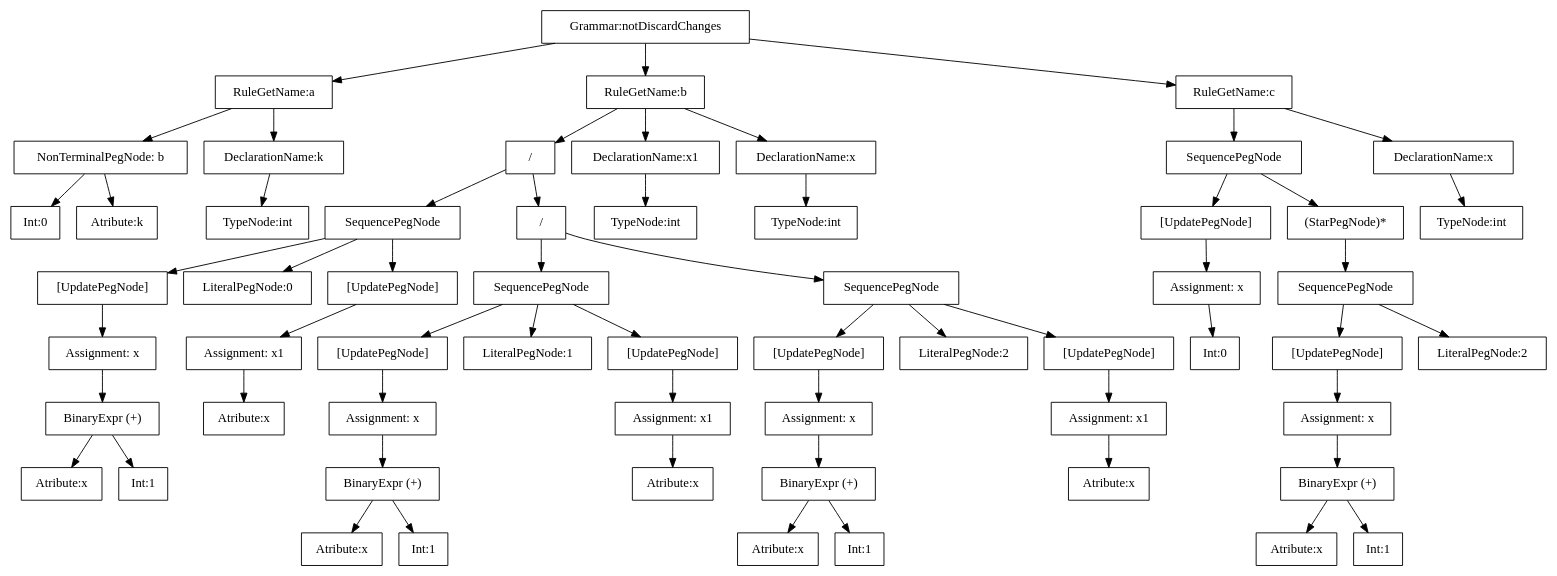
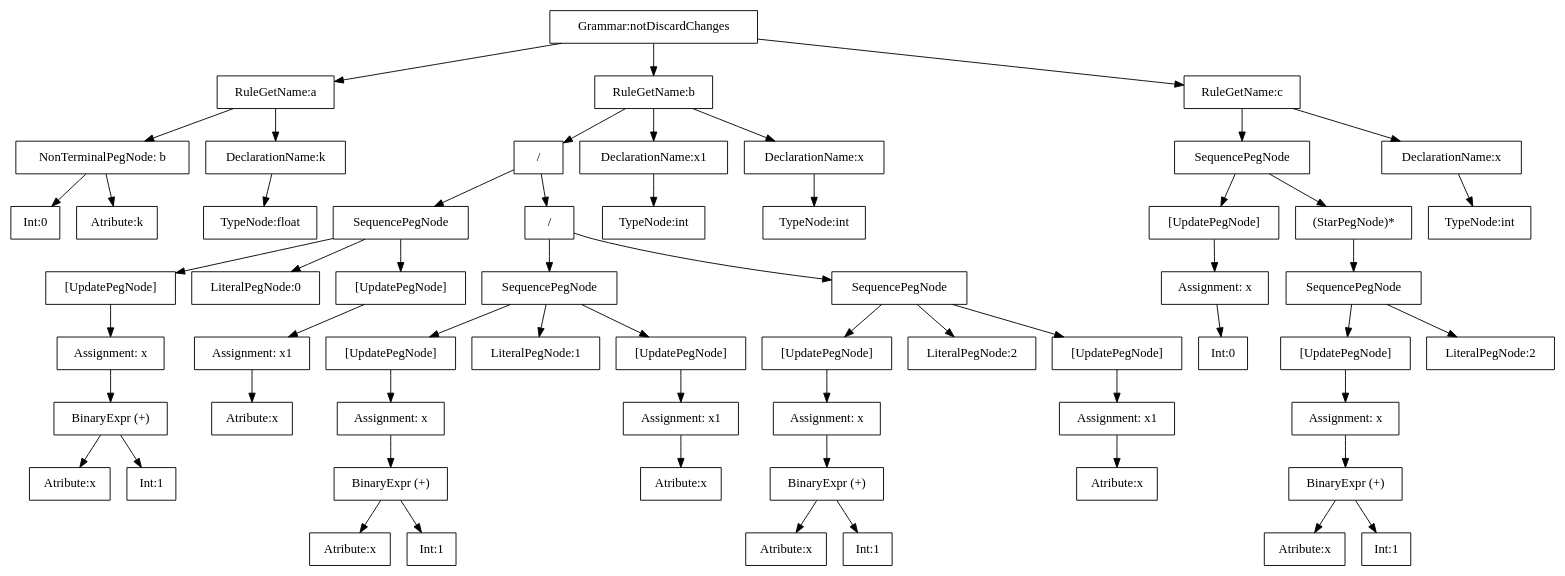
The diagram in language/code/compiler/saida.dot (lives-group/APEG), drawn with Graphviz before and after one commit. The commit also changed 10 other files, not shown here.

```diff
--- a/language/code/compiler/saida.dot
+++ b/language/code/compiler/saida.dot
@@ -1,118 +1,118 @@
 Digraph G {        no3 [ shape = "box", label="Int:0" ];
         no4 [ shape = "box", label="Atribute:k" ];
         no2 [ shape = "box", label="NonTerminalPegNode: b" ];
         no2 -> no3
         no2 -> no4
-        no6 [ shape = "box", label="TypeNode:int" ];
+        no6 [ shape = "box", label="TypeNode:float" ];
         no5 [ shape = "box", label="DeclarationName:k" ];
         no5 -> no6
         no1 [ shape = "box", label="RuleGetName:a" ];
         no1 -> no2
         no1 -> no5
         no12 [ shape = "box", label="Atribute:x" ];
         no13 [ shape = "box", label="Int:1" ];
         no11 [ shape = "box", label="BinaryExpr (+)" ];
         no11 -> no12
         no11 -> no13
         no10 [ shape = "box", label="Assignment: x" ];
         no10 -> no11
         no9 [ shape = "box", label="[UpdatePegNode]" ];
         no9 -> no10
         no14 [ shape = "box", label="LiteralPegNode:0" ];
         no17 [ shape = "box", label="Atribute:x" ];
         no16 [ shape = "box", label="Assignment: x1" ];
         no16 -> no17
         no15 [ shape = "box", label="[UpdatePegNode]" ];
         no15 -> no16
         no8 [ shape = "box", label="SequencePegNode" ];
         no8 -> no9
         no8 -> no14
         no8 -> no15
         no22 [ shape = "box", label="Atribute:x" ];
         no23 [ shape = "box", label="Int:1" ];
         no21 [ shape = "box", label="BinaryExpr (+)" ];
         no21 -> no22
         no21 -> no23
         no20 [ shape = "box", label="Assignment: x" ];
         no20 -> no21
         no19 [ shape = "box", label="[UpdatePegNode]" ];
         no19 -> no20
         no24 [ shape = "box", label="LiteralPegNode:1" ];
         no27 [ shape = "box", label="Atribute:x" ];
         no26 [ shape = "box", label="Assignment: x1" ];
         no26 -> no27
         no25 [ shape = "box", label="[UpdatePegNode]" ];
         no25 -> no26
         no18 [ shape = "box", label="SequencePegNode" ];
         no18 -> no19
         no18 -> no24
         no18 -> no25
         no32 [ shape = "box", label="Atribute:x" ];
         no33 [ shape = "box", label="Int:1" ];
         no31 [ shape = "box", label="BinaryExpr (+)" ];
         no31 -> no32
         no31 -> no33
         no30 [ shape = "box", label="Assignment: x" ];
         no30 -> no31
         no29 [ shape = "box", label="[UpdatePegNode]" ];
         no29 -> no30
         no34 [ shape = "box", label="LiteralPegNode:2" ];
         no37 [ shape = "box", label="Atribute:x" ];
         no36 [ shape = "box", label="Assignment: x1" ];
         no36 -> no37
         no35 [ shape = "box", label="[UpdatePegNode]" ];
         no35 -> no36
         no28 [ shape = "box", label="SequencePegNode" ];
         no28 -> no29
         no28 -> no34
         no28 -> no35
         no38 [ shape = "box", label="/" ];
         no38 -> no28
         no38 -> no18
         no39 [ shape = "box", label="/" ];
         no39 -> no38
         no39 -> no8
         no41 [ shape = "box", label="TypeNode:int" ];
         no40 [ shape = "box", label="DeclarationName:x1" ];
         no40 -> no41
         no43 [ shape = "box", label="TypeNode:int" ];
         no42 [ shape = "box", label="DeclarationName:x" ];
         no42 -> no43
         no7 [ shape = "box", label="RuleGetName:b" ];
         no7 -> no39
         no7 -> no40
         no7 -> no42
         no48 [ shape = "box", label="Int:0" ];
         no47 [ shape = "box", label="Assignment: x" ];
         no47 -> no48
         no46 [ shape = "box", label="[UpdatePegNode]" ];
         no46 -> no47
         no54 [ shape = "box", label="Atribute:x" ];
         no55 [ shape = "box", label="Int:1" ];
         no53 [ shape = "box", label="BinaryExpr (+)" ];
         no53 -> no54
         no53 -> no55
         no52 [ shape = "box", label="Assignment: x" ];
         no52 -> no53
         no51 [ shape = "box", label="[UpdatePegNode]" ];
         no51 -> no52
         no56 [ shape = "box", label="LiteralPegNode:2" ];
         no50 [ shape = "box", label="SequencePegNode" ];
         no50 -> no51
         no50 -> no56
         no49 [ shape = "box", label="(StarPegNode)*" ];
         no49 -> no50
         no45 [ shape = "box", label="SequencePegNode" ];
         no45 -> no46
         no45 -> no49
         no58 [ shape = "box", label="TypeNode:int" ];
         no57 [ shape = "box", label="DeclarationName:x" ];
         no57 -> no58
         no44 [ shape = "box", label="RuleGetName:c" ];
         no44 -> no45
         no44 -> no57
         no0 [ shape = "box", label="Grammar:notDiscardChanges" ];
         no0 -> no1
         no0 -> no7
         no0 -> no44
 }
```
